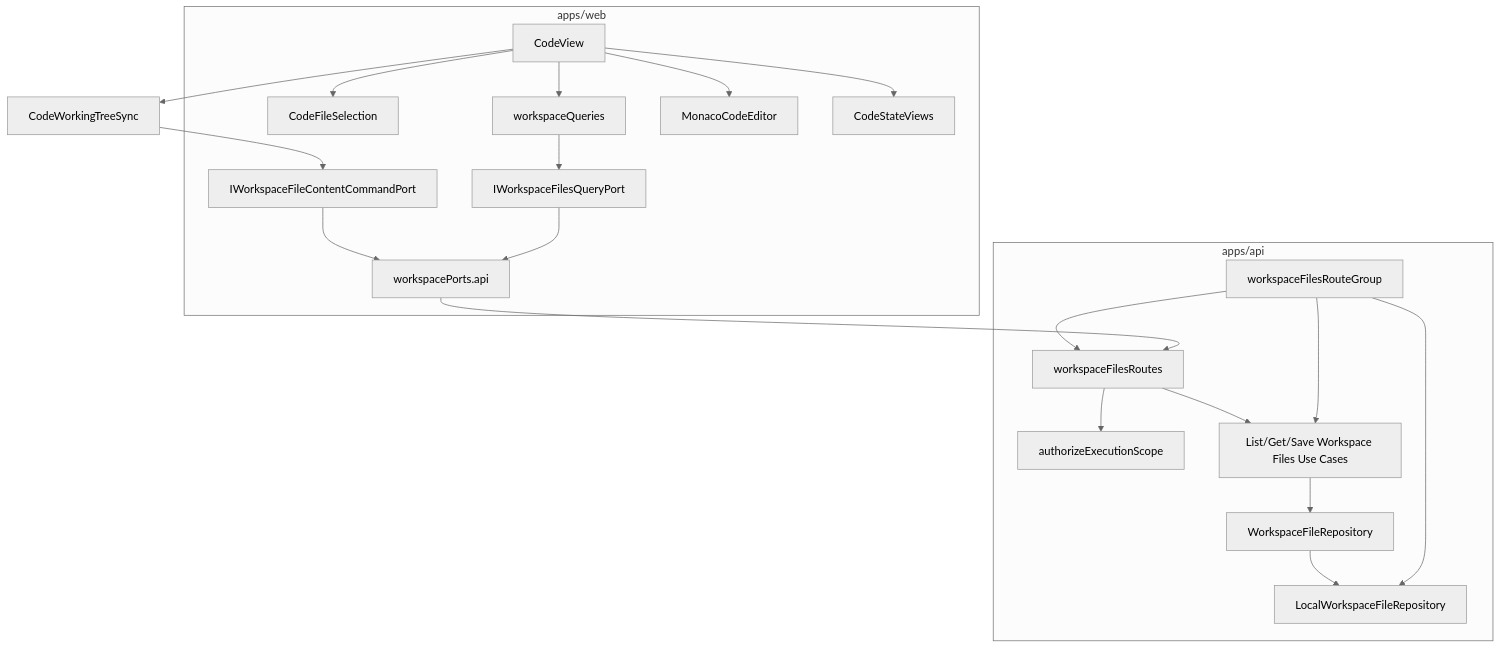
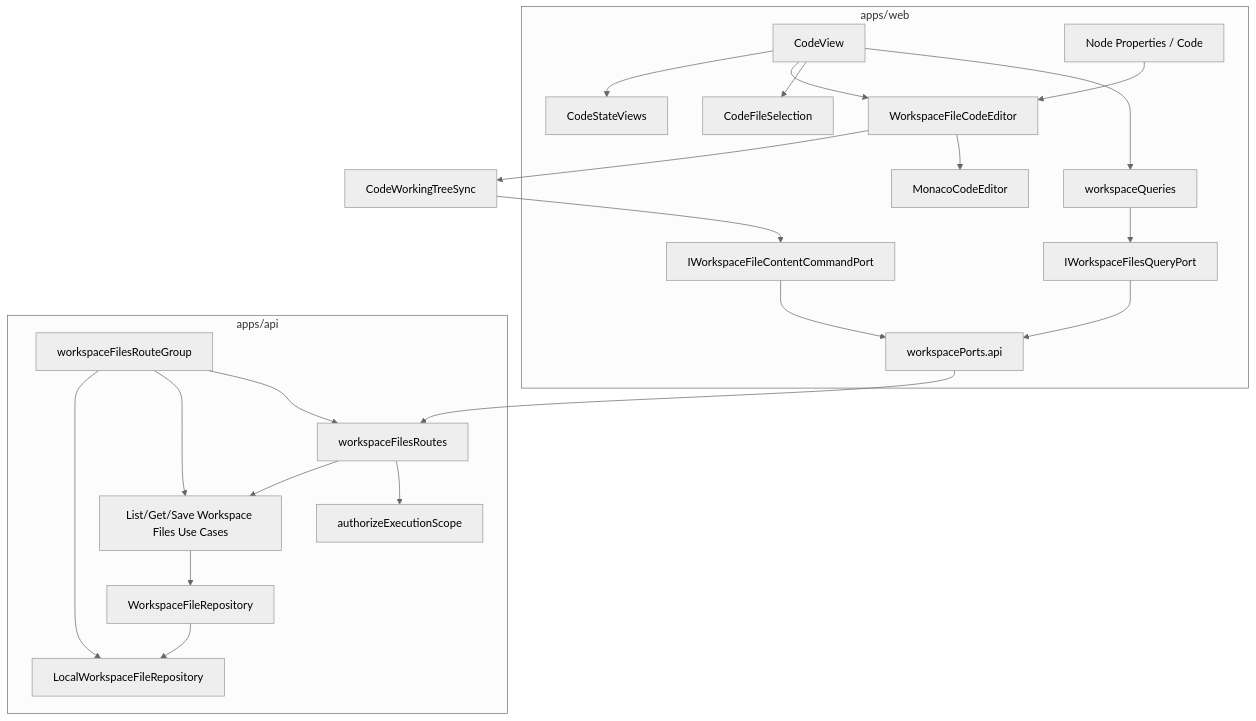
The third of 3 diagrams in docs/architecture/components/web/code-workbench-workspace-files-component.md (dunay2/dvt), drawn with Mermaid (neutral theme) before and after one commit. The commit also changed other lines of this file and 1 other file, not shown here.

Commit message:
docs(docs): Document inline node code authority

````diff
--- a/docs/architecture/components/web/code-workbench-workspace-files-component.md
+++ b/docs/architecture/components/web/code-workbench-workspace-files-component.md
@@ -191,40 +200,44 @@
 ```mermaid
 flowchart TB
   subgraph Web["apps/web"]
     CodeView["CodeView"]
+    NodeProperties["Node Properties / Code"]
+    WorkspaceFileEditor["WorkspaceFileCodeEditor"]
     Selection["CodeFileSelection"]
     Queries["workspaceQueries"]
     Editor["MonacoCodeEditor"]
     FileQueryPort["IWorkspaceFilesQueryPort"]
     FileCommandPort["IWorkspaceFileContentCommandPort"]
     ApiWorkspacePorts["workspacePorts.api"]
     CodeStates["CodeStateViews"]
   end
 
   subgraph Api["apps/api"]
     Composer["workspaceFilesRouteGroup"]
     Routes["workspaceFilesRoutes"]
     Auth["authorizeExecutionScope"]
     UseCases["List/Get/Save Workspace Files Use Cases"]
     Port["WorkspaceFileRepository"]
     Adapter["LocalWorkspaceFileRepository"]
   end
 
   CodeView --> Queries
   CodeView --> Selection
-  CodeView --> Editor
+  CodeView --> WorkspaceFileEditor
+  NodeProperties --> WorkspaceFileEditor
+  WorkspaceFileEditor --> Editor
   Queries --> FileQueryPort
-  CodeView --> Sync["CodeWorkingTreeSync"]
+  WorkspaceFileEditor --> Sync["CodeWorkingTreeSync"]
   Sync --> FileCommandPort
   FileQueryPort --> ApiWorkspacePorts
   FileCommandPort --> ApiWorkspacePorts
   ApiWorkspacePorts --> Routes
   Composer --> Routes
   Composer --> UseCases
   Composer --> Adapter
   Routes --> Auth
   Routes --> UseCases
   UseCases --> Port
   Port --> Adapter
   CodeView --> CodeStates
 ```
````
